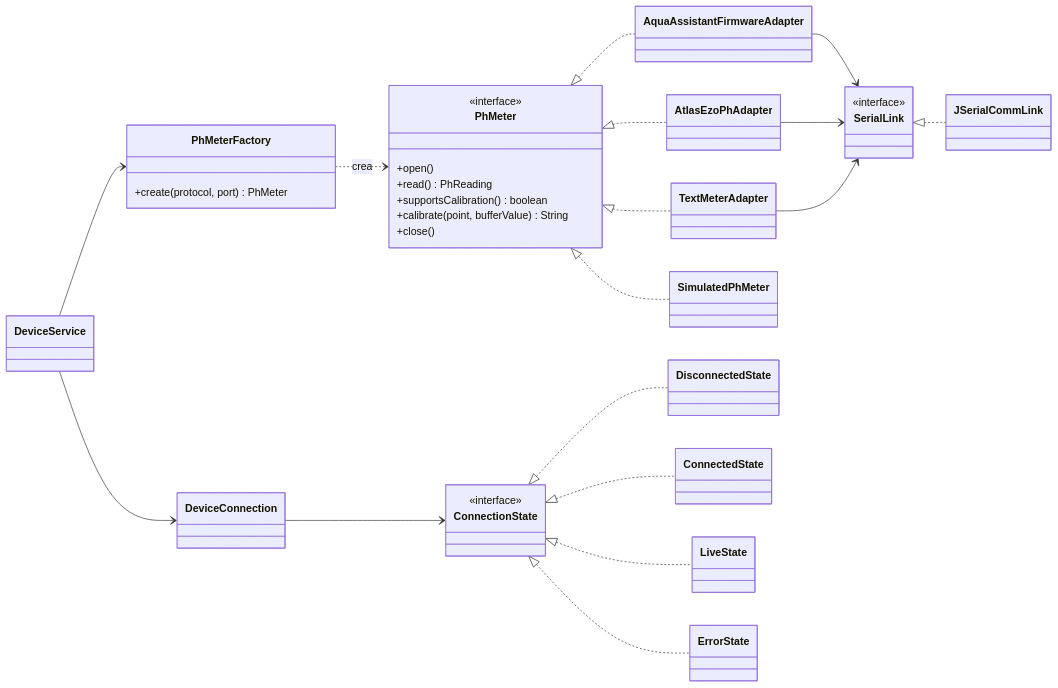
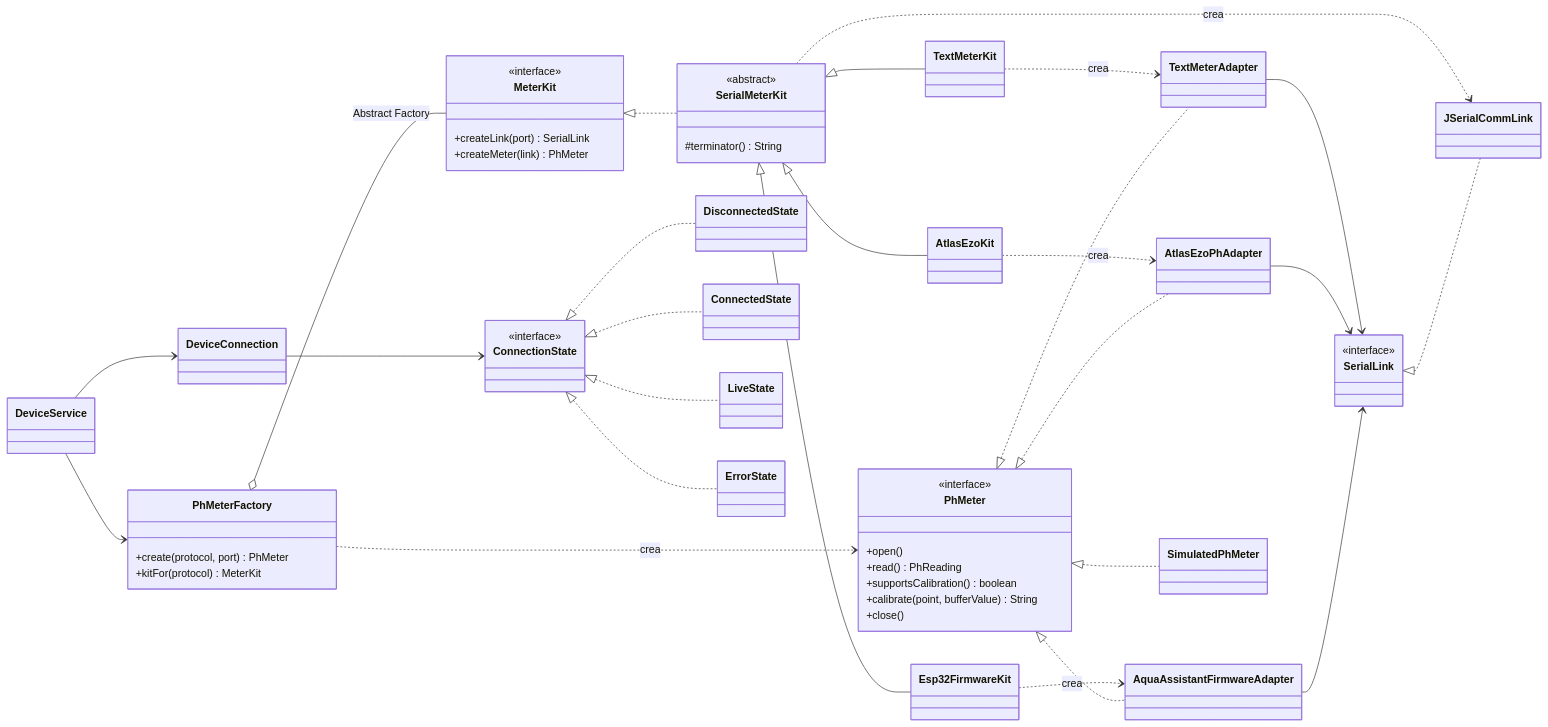
One commit to WillC372/FrontendPatSft changed the third of 5 diagrams in docs/analisis/05-Diagrama-de-clases.md. Above: the diagram before and after it, drawn with Mermaid. The commit also changed other lines of this file and 3 other files, not shown here.

First line of the commit message:
H-064: diagrama de clases y registro con los siete patrones de clase

````diff
--- a/docs/analisis/05-Diagrama-de-clases.md
+++ b/docs/analisis/05-Diagrama-de-clases.md
@@ -286,49 +286,71 @@
 ```mermaid
 classDiagram
     direction LR
     class PhMeter {
         <<interface>>
         +open()
         +read() PhReading
         +supportsCalibration() boolean
         +calibrate(point, bufferValue) String
         +close()
     }
     class AquaAssistantFirmwareAdapter
     class AtlasEzoPhAdapter
     class TextMeterAdapter
     class SimulatedPhMeter
     class SerialLink {
         <<interface>>
     }
     class JSerialCommLink
     class PhMeterFactory {
         +create(protocol, port) PhMeter
+        +kitFor(protocol) MeterKit
     }
+    class MeterKit {
+        <<interface>>
+        +createLink(port) SerialLink
+        +createMeter(link) PhMeter
+    }
+    class SerialMeterKit {
+        <<abstract>>
+        #terminator() String
+    }
+    class AtlasEzoKit
+    class Esp32FirmwareKit
+    class TextMeterKit
     class DeviceService
     class DeviceConnection
     class ConnectionState {
         <<interface>>
     }
     class DisconnectedState
     class ConnectedState
     class LiveState
     class ErrorState
 
     PhMeter <|.. AquaAssistantFirmwareAdapter
     PhMeter <|.. AtlasEzoPhAdapter
     PhMeter <|.. TextMeterAdapter
     PhMeter <|.. SimulatedPhMeter
     AquaAssistantFirmwareAdapter --> SerialLink
     AtlasEzoPhAdapter --> SerialLink
     TextMeterAdapter --> SerialLink
     SerialLink <|.. JSerialCommLink
     PhMeterFactory ..> PhMeter : crea
+    PhMeterFactory o-- MeterKit : Abstract Factory
+    MeterKit <|.. SerialMeterKit
+    SerialMeterKit <|-- AtlasEzoKit
+    SerialMeterKit <|-- Esp32FirmwareKit
+    SerialMeterKit <|-- TextMeterKit
+    AtlasEzoKit ..> AtlasEzoPhAdapter : crea
+    Esp32FirmwareKit ..> AquaAssistantFirmwareAdapter : crea
+    TextMeterKit ..> TextMeterAdapter : crea
+    SerialMeterKit ..> JSerialCommLink : crea
     DeviceService --> PhMeterFactory
     DeviceService --> DeviceConnection
     DeviceConnection --> ConnectionState
     ConnectionState <|.. DisconnectedState
     ConnectionState <|.. ConnectedState
     ConnectionState <|.. LiveState
     ConnectionState <|.. ErrorState
 ```
````
